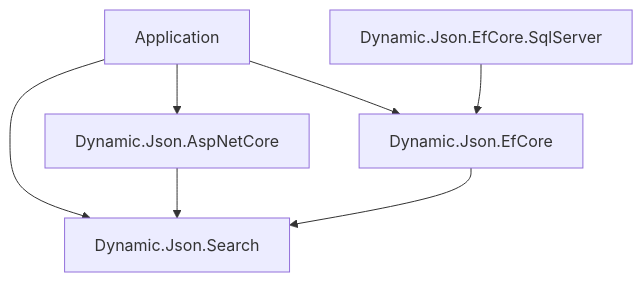
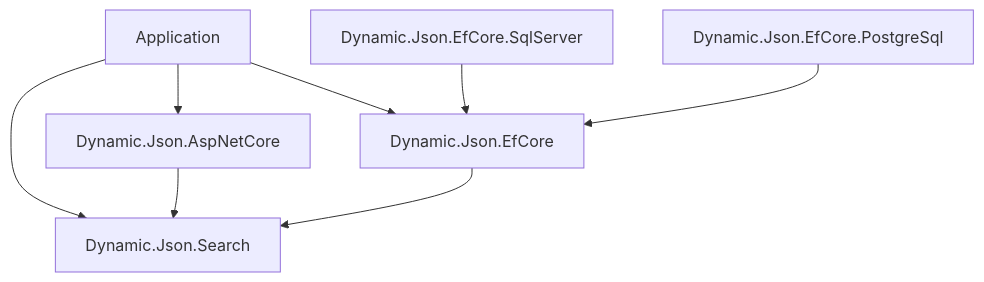
One commit to jfairbourn96/dynamic-json-efcore changed the second of 2 diagrams in README.md. Above: the diagram before and after it, drawn with Mermaid. The commit also changed other lines of this file and 6 other files, not shown here.

````diff
--- a/README.md
+++ b/README.md
@@ -202,17 +208,19 @@
 ```mermaid
 flowchart TB
     App["Application"]
 
     Search["Dynamic.Json.Search"]
     Asp["Dynamic.Json.AspNetCore"]
     Ef["Dynamic.Json.EfCore"]
     Sql["Dynamic.Json.EfCore.SqlServer"]
+    Pg["Dynamic.Json.EfCore.PostgreSql"]
 
     App --> Search
     App --> Asp
     App --> Ef
 
     Asp --> Search
     Ef --> Search
     Sql --> Ef
+    Pg --> Ef
 ```
````
